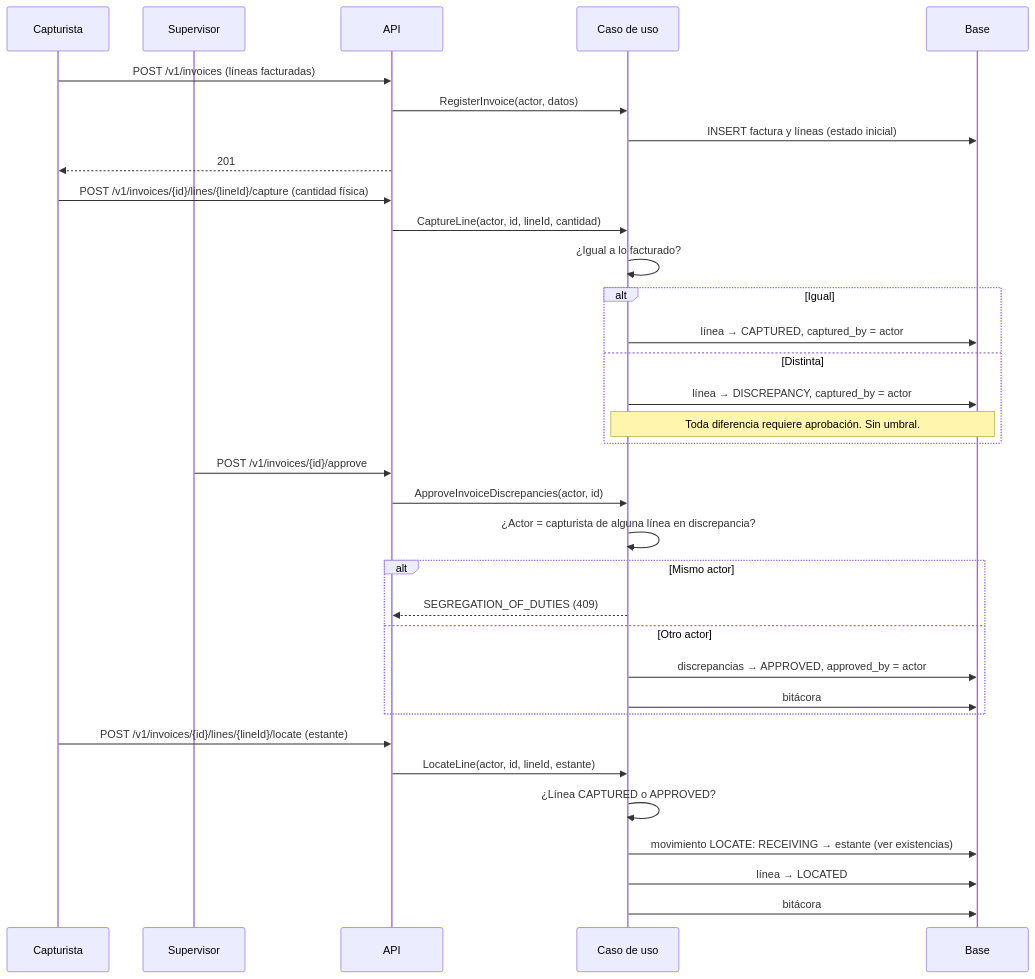
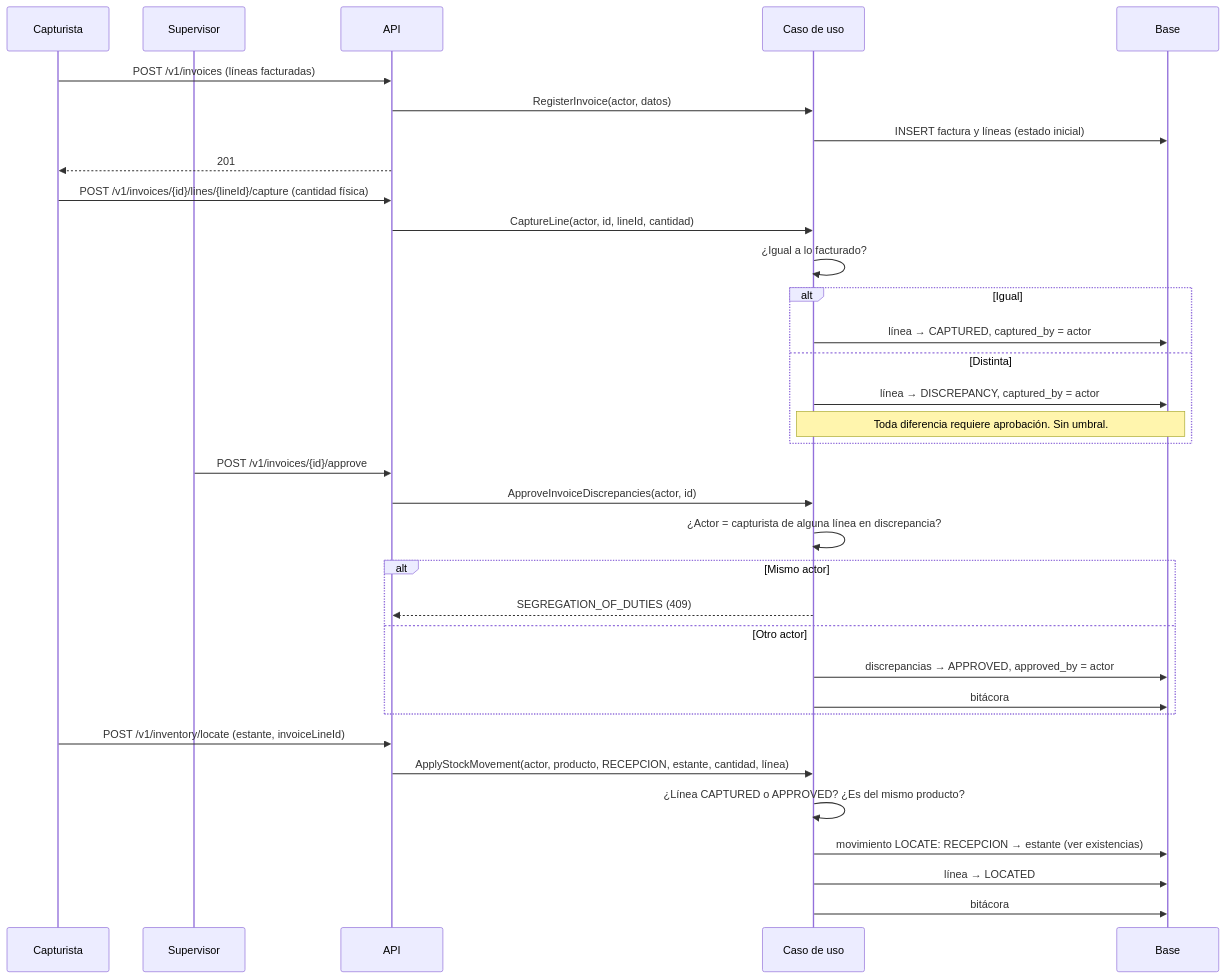
One commit to maag070208/AXZY_STOCK_FLOW changed the second of 2 diagrams in docs/flujos/recepcion.md. Above: the diagram before and after it, drawn with Mermaid. The commit also changed other lines of this file and 81 other files, not shown here.

````diff
--- a/docs/flujos/recepcion.md
+++ b/docs/flujos/recepcion.md
@@ -39,40 +39,40 @@
 ```mermaid
 sequenceDiagram
     participant C as Capturista
     participant S as Supervisor
     participant API
     participant UC as Caso de uso
     participant DB as Base
 
     C->>API: POST /v1/invoices (líneas facturadas)
     API->>UC: RegisterInvoice(actor, datos)
     UC->>DB: INSERT factura y líneas (estado inicial)
     API-->>C: 201
 
     C->>API: POST /v1/invoices/{id}/lines/{lineId}/capture (cantidad física)
     API->>UC: CaptureLine(actor, id, lineId, cantidad)
     UC->>UC: ¿Igual a lo facturado?
     alt Igual
         UC->>DB: línea → CAPTURED, captured_by = actor
     else Distinta
         UC->>DB: línea → DISCREPANCY, captured_by = actor
         Note over UC,DB: Toda diferencia requiere aprobación. Sin umbral.
     end
 
     S->>API: POST /v1/invoices/{id}/approve
     API->>UC: ApproveInvoiceDiscrepancies(actor, id)
     UC->>UC: ¿Actor = capturista de alguna línea en discrepancia?
     alt Mismo actor
         UC-->>API: SEGREGATION_OF_DUTIES (409)
     else Otro actor
         UC->>DB: discrepancias → APPROVED, approved_by = actor
         UC->>DB: bitácora
     end
 
-    C->>API: POST /v1/invoices/{id}/lines/{lineId}/locate (estante)
-    API->>UC: LocateLine(actor, id, lineId, estante)
-    UC->>UC: ¿Línea CAPTURED o APPROVED?
-    UC->>DB: movimiento LOCATE: RECEIVING → estante (ver existencias)
+    C->>API: POST /v1/inventory/locate (estante, invoiceLineId)
+    API->>UC: ApplyStockMovement(actor, producto, RECEPCION, estante, cantidad, línea)
+    UC->>UC: ¿Línea CAPTURED o APPROVED? ¿Es del mismo producto?
+    UC->>DB: movimiento LOCATE: RECEPCION → estante (ver existencias)
     UC->>DB: línea → LOCATED
     UC->>DB: bitácora
 ```
````
